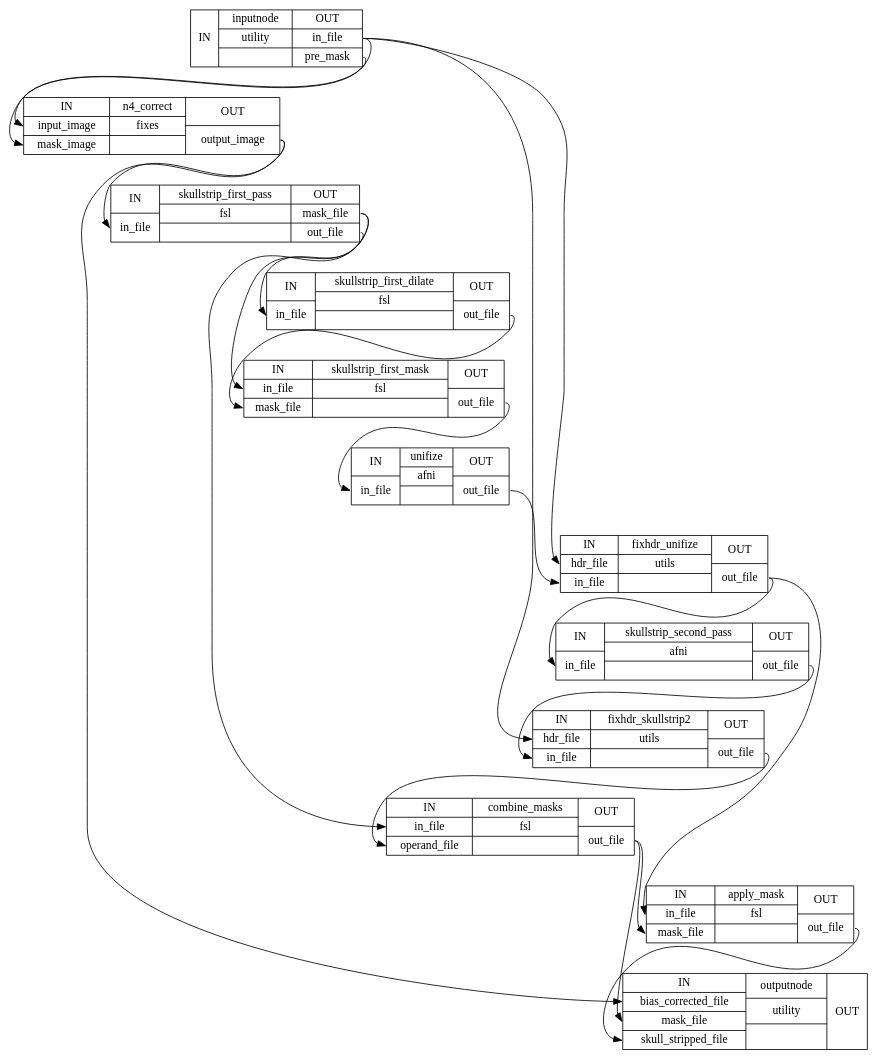
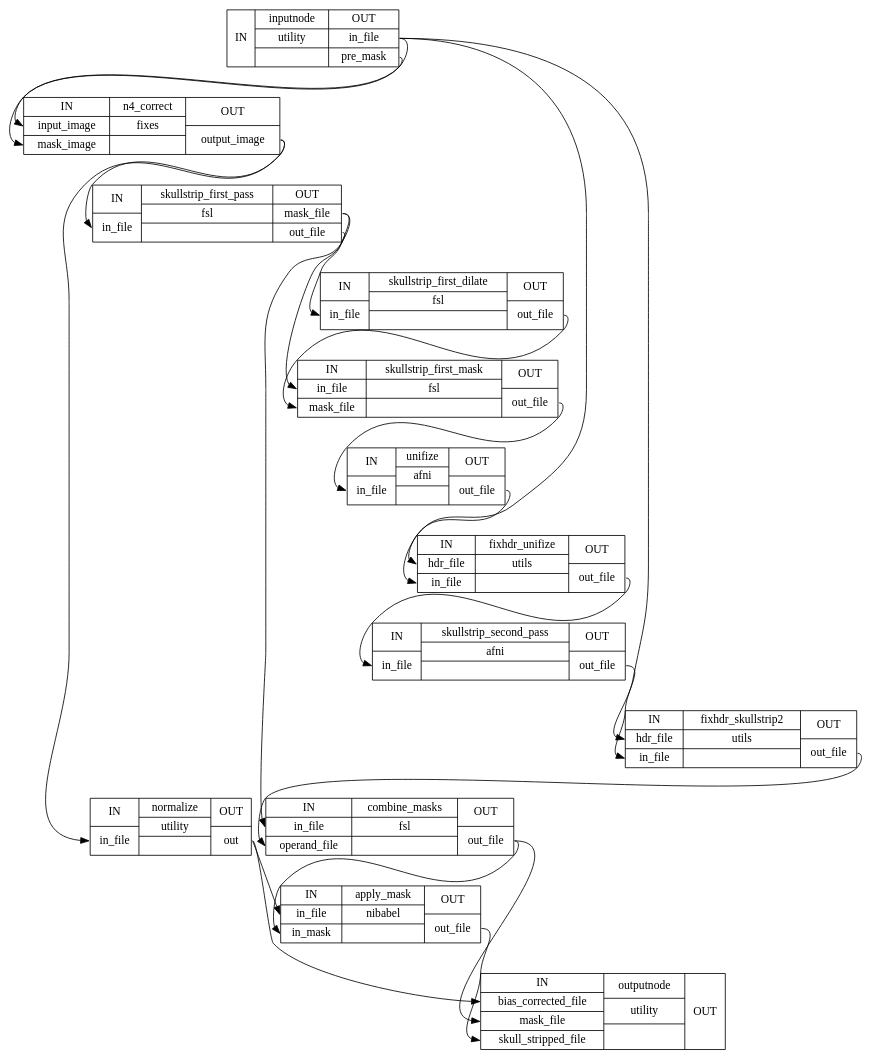
Before and after one commit to nipreps/dmriprep: the diagram in master/wf_directive/api/enhance_and_skullstrip_dwi_wf/dmriprep-workflows-dwi-util-2_detailed.dot, drawn with Graphviz. The commit also changed 252 other files, not shown here.

```diff
--- a/master/wf_directive/api/enhance_and_skullstrip_dwi_wf/dmriprep-workflows-dwi-util-2_detailed.dot
+++ b/master/wf_directive/api/enhance_and_skullstrip_dwi_wf/dmriprep-workflows-dwi-util-2_detailed.dot
@@ -1,34 +1,36 @@
 digraph structs {
 node [shape=record];
 enhance_and_skullstrip_dwi_wfinputnode [label="{IN}|{ inputnode | utility |  }|{OUT|<outinfile> in_file|<outpremask> pre_mask}"];
 enhance_and_skullstrip_dwi_wfn4_correct [label="{IN|<ininputimage> input_image|<inmaskimage> mask_image}|{ n4_correct | fixes |  }|{OUT|<outoutputimage> output_image}"];
+enhance_and_skullstrip_dwi_wfnormalize [label="{IN|<ininfile> in_file}|{ normalize | utility |  }|{OUT|<outout> out}"];
 enhance_and_skullstrip_dwi_wfskullstrip_first_pass [label="{IN|<ininfile> in_file}|{ skullstrip_first_pass | fsl |  }|{OUT|<outmaskfile> mask_file|<outoutfile> out_file}"];
 enhance_and_skullstrip_dwi_wfskullstrip_first_dilate [label="{IN|<ininfile> in_file}|{ skullstrip_first_dilate | fsl |  }|{OUT|<outoutfile> out_file}"];
 enhance_and_skullstrip_dwi_wfskullstrip_first_mask [label="{IN|<ininfile> in_file|<inmaskfile> mask_file}|{ skullstrip_first_mask | fsl |  }|{OUT|<outoutfile> out_file}"];
 enhance_and_skullstrip_dwi_wfunifize [label="{IN|<ininfile> in_file}|{ unifize | afni |  }|{OUT|<outoutfile> out_file}"];
 enhance_and_skullstrip_dwi_wffixhdr_unifize [label="{IN|<inhdrfile> hdr_file|<ininfile> in_file}|{ fixhdr_unifize | utils |  }|{OUT|<outoutfile> out_file}"];
 enhance_and_skullstrip_dwi_wfskullstrip_second_pass [label="{IN|<ininfile> in_file}|{ skullstrip_second_pass | afni |  }|{OUT|<outoutfile> out_file}"];
 enhance_and_skullstrip_dwi_wffixhdr_skullstrip2 [label="{IN|<inhdrfile> hdr_file|<ininfile> in_file}|{ fixhdr_skullstrip2 | utils |  }|{OUT|<outoutfile> out_file}"];
 enhance_and_skullstrip_dwi_wfcombine_masks [label="{IN|<ininfile> in_file|<inoperandfile> operand_file}|{ combine_masks | fsl |  }|{OUT|<outoutfile> out_file}"];
-enhance_and_skullstrip_dwi_wfapply_mask [label="{IN|<ininfile> in_file|<inmaskfile> mask_file}|{ apply_mask | fsl |  }|{OUT|<outoutfile> out_file}"];
+enhance_and_skullstrip_dwi_wfapply_mask [label="{IN|<ininfile> in_file|<ininmask> in_mask}|{ apply_mask | nibabel |  }|{OUT|<outoutfile> out_file}"];
 enhance_and_skullstrip_dwi_wfoutputnode [label="{IN|<inbiascorrectedfile> bias_corrected_file|<inmaskfile> mask_file|<inskullstrippedfile> skull_stripped_file}|{ outputnode | utility |  }|{OUT}"];
 enhance_and_skullstrip_dwi_wfapply_mask:outoutfile:e -> enhance_and_skullstrip_dwi_wfoutputnode:inskullstrippedfile:w;
-enhance_and_skullstrip_dwi_wfcombine_masks:outoutfile:e -> enhance_and_skullstrip_dwi_wfapply_mask:inmaskfile:w;
+enhance_and_skullstrip_dwi_wfcombine_masks:outoutfile:e -> enhance_and_skullstrip_dwi_wfapply_mask:ininmask:w;
 enhance_and_skullstrip_dwi_wfcombine_masks:outoutfile:e -> enhance_and_skullstrip_dwi_wfoutputnode:inmaskfile:w;
 enhance_and_skullstrip_dwi_wffixhdr_skullstrip2:outoutfile:e -> enhance_and_skullstrip_dwi_wfcombine_masks:inoperandfile:w;
-enhance_and_skullstrip_dwi_wffixhdr_unifize:outoutfile:e -> enhance_and_skullstrip_dwi_wfapply_mask:ininfile:w;
 enhance_and_skullstrip_dwi_wffixhdr_unifize:outoutfile:e -> enhance_and_skullstrip_dwi_wfskullstrip_second_pass:ininfile:w;
 enhance_and_skullstrip_dwi_wfinputnode:outinfile:e -> enhance_and_skullstrip_dwi_wffixhdr_skullstrip2:inhdrfile:w;
 enhance_and_skullstrip_dwi_wfinputnode:outinfile:e -> enhance_and_skullstrip_dwi_wffixhdr_unifize:inhdrfile:w;
 enhance_and_skullstrip_dwi_wfinputnode:outinfile:e -> enhance_and_skullstrip_dwi_wfn4_correct:ininputimage:w;
 enhance_and_skullstrip_dwi_wfinputnode:outpremask:e -> enhance_and_skullstrip_dwi_wfn4_correct:inmaskimage:w;
-enhance_and_skullstrip_dwi_wfn4_correct:outoutputimage:e -> enhance_and_skullstrip_dwi_wfoutputnode:inbiascorrectedfile:w;
+enhance_and_skullstrip_dwi_wfn4_correct:outoutputimage:e -> enhance_and_skullstrip_dwi_wfnormalize:ininfile:w;
 enhance_and_skullstrip_dwi_wfn4_correct:outoutputimage:e -> enhance_and_skullstrip_dwi_wfskullstrip_first_pass:ininfile:w;
+enhance_and_skullstrip_dwi_wfnormalize:outout:e -> enhance_and_skullstrip_dwi_wfapply_mask:ininfile:w;
+enhance_and_skullstrip_dwi_wfnormalize:outout:e -> enhance_and_skullstrip_dwi_wfoutputnode:inbiascorrectedfile:w;
 enhance_and_skullstrip_dwi_wfskullstrip_first_dilate:outoutfile:e -> enhance_and_skullstrip_dwi_wfskullstrip_first_mask:inmaskfile:w;
 enhance_and_skullstrip_dwi_wfskullstrip_first_mask:outoutfile:e -> enhance_and_skullstrip_dwi_wfunifize:ininfile:w;
 enhance_and_skullstrip_dwi_wfskullstrip_first_pass:outmaskfile:e -> enhance_and_skullstrip_dwi_wfcombine_masks:ininfile:w;
 enhance_and_skullstrip_dwi_wfskullstrip_first_pass:outmaskfile:e -> enhance_and_skullstrip_dwi_wfskullstrip_first_dilate:ininfile:w;
 enhance_and_skullstrip_dwi_wfskullstrip_first_pass:outoutfile:e -> enhance_and_skullstrip_dwi_wfskullstrip_first_mask:ininfile:w;
 enhance_and_skullstrip_dwi_wfskullstrip_second_pass:outoutfile:e -> enhance_and_skullstrip_dwi_wffixhdr_skullstrip2:ininfile:w;
 enhance_and_skullstrip_dwi_wfunifize:outoutfile:e -> enhance_and_skullstrip_dwi_wffixhdr_unifize:ininfile:w;
 }
```
